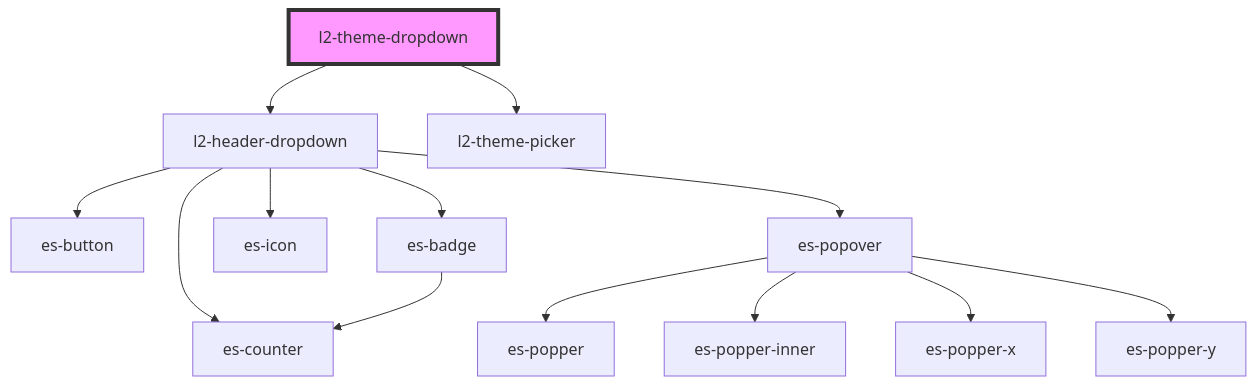
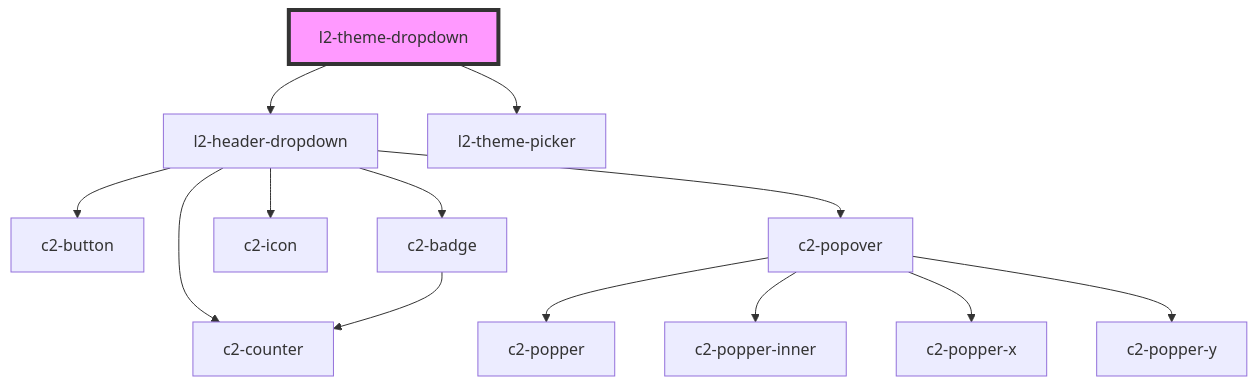
Before and after one commit to EventStore/Design-System: the diagram in packages/layout/src/components/theme-dropdown/readme.md, drawn with Mermaid. The commit also changed 512 other files, not shown here.

````diff
--- a/packages/layout/src/components/theme-dropdown/readme.md
+++ b/packages/layout/src/components/theme-dropdown/readme.md
@@ -49,16 +49,16 @@
 ```mermaid
 graph TD;
   l2-theme-dropdown --> l2-header-dropdown
   l2-theme-dropdown --> l2-theme-picker
-  l2-header-dropdown --> es-button
-  l2-header-dropdown --> es-counter
-  l2-header-dropdown --> es-badge
-  l2-header-dropdown --> es-icon
-  l2-header-dropdown --> es-popover
-  es-badge --> es-counter
-  es-popover --> es-popper
-  es-popover --> es-popper-inner
-  es-popover --> es-popper-x
-  es-popover --> es-popper-y
+  l2-header-dropdown --> c2-button
+  l2-header-dropdown --> c2-counter
+  l2-header-dropdown --> c2-badge
+  l2-header-dropdown --> c2-icon
+  l2-header-dropdown --> c2-popover
+  c2-badge --> c2-counter
+  c2-popover --> c2-popper
+  c2-popover --> c2-popper-inner
+  c2-popover --> c2-popper-x
+  c2-popover --> c2-popper-y
   style l2-theme-dropdown fill:#f9f,stroke:#333,stroke-width:4px
 ```
````
